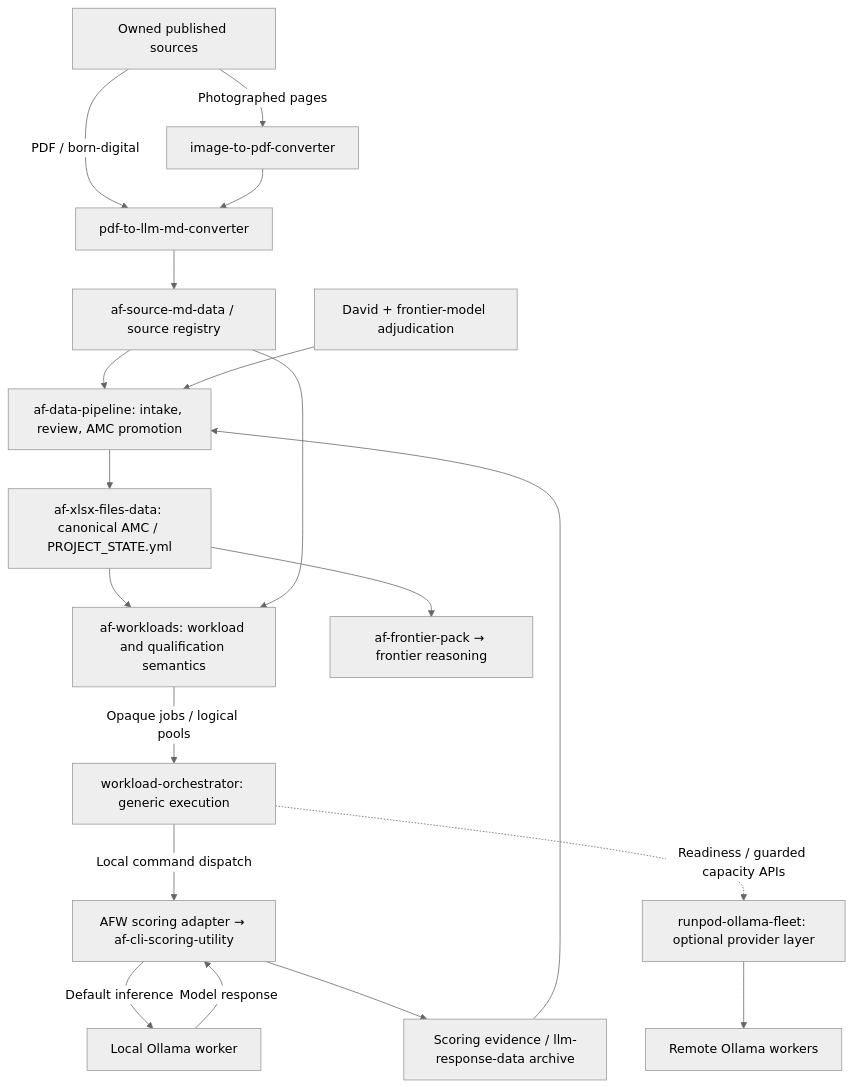
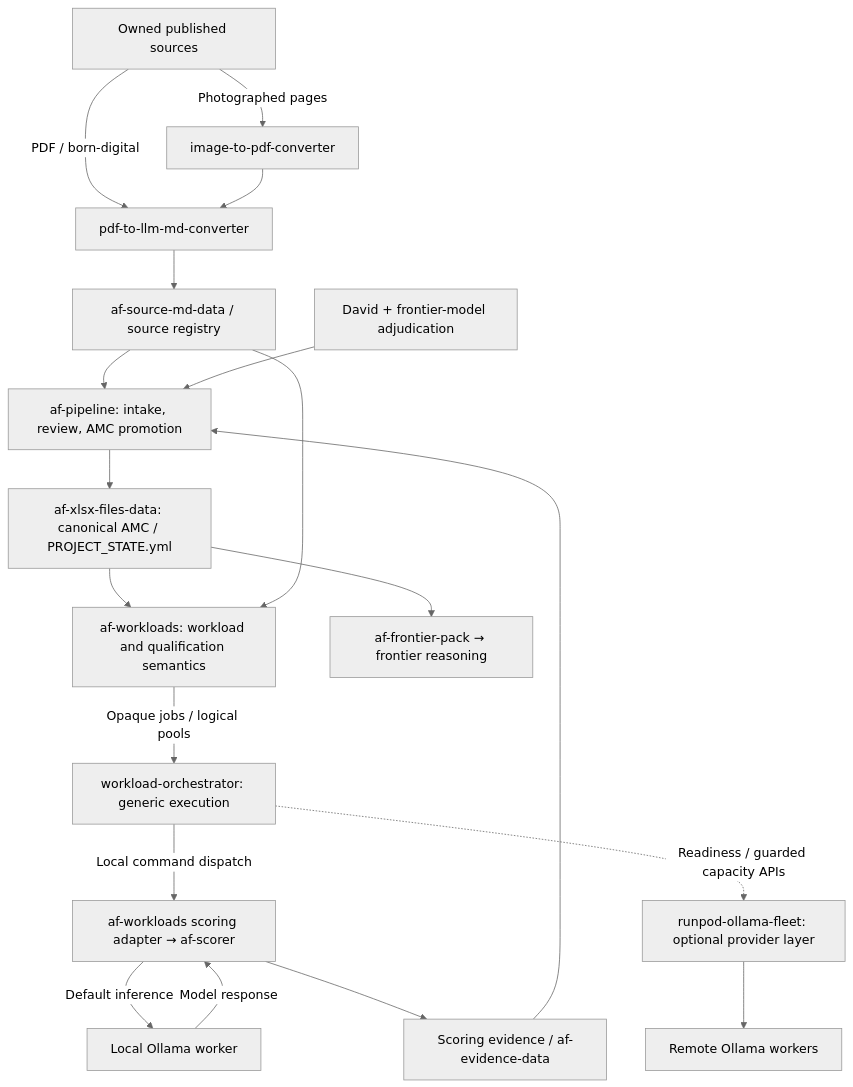
Before and after one commit to dtnorris/adventure-finder: the second of 2 diagrams in README.md, drawn with Mermaid (neutral theme). The commit also changed other lines of this file, not shown here.

````diff
--- a/README.md
+++ b/README.md
@@ -644,21 +160,21 @@
 ```mermaid
 flowchart TD
     sources["Owned published sources"] -->|"PDF / born-digital"| pdf["pdf-to-llm-md-converter"]
     sources -->|"Photographed pages"| photos["image-to-pdf-converter"]
     photos --> pdf
     pdf --> corpus["af-source-md-data / source registry"]
-    corpus --> pipeline["af-data-pipeline: intake, review, AMC promotion"]
+    corpus --> pipeline["af-pipeline: intake, review, AMC promotion"]
     review["David + frontier-model adjudication"] --> pipeline
     pipeline --> catalog["af-xlsx-files-data: canonical AMC / PROJECT_STATE.yml"]
     catalog --> afw["af-workloads: workload and qualification semantics"]
     corpus --> afw
     afw -->|"Opaque jobs / logical pools"| wlo["workload-orchestrator: generic execution"]
-    wlo -->|"Local command dispatch"| scorer["AFW scoring adapter → af-cli-scoring-utility"]
+    wlo -->|"Local command dispatch"| scorer["af-workloads scoring adapter → af-scorer"]
     scorer -->|"Default inference"| local["Local Ollama worker"]
     local -->|"Model response"| scorer
     wlo -.->|"Readiness / guarded capacity APIs"| rpof["runpod-ollama-fleet: optional provider layer"]
     rpof --> remote["Remote Ollama workers"]
-    scorer --> evidence["Scoring evidence / llm-response-data archive"]
+    scorer --> evidence["Scoring evidence / af-evidence-data"]
     evidence --> pipeline
     catalog --> frontier["af-frontier-pack → frontier reasoning"]
 ```
````
